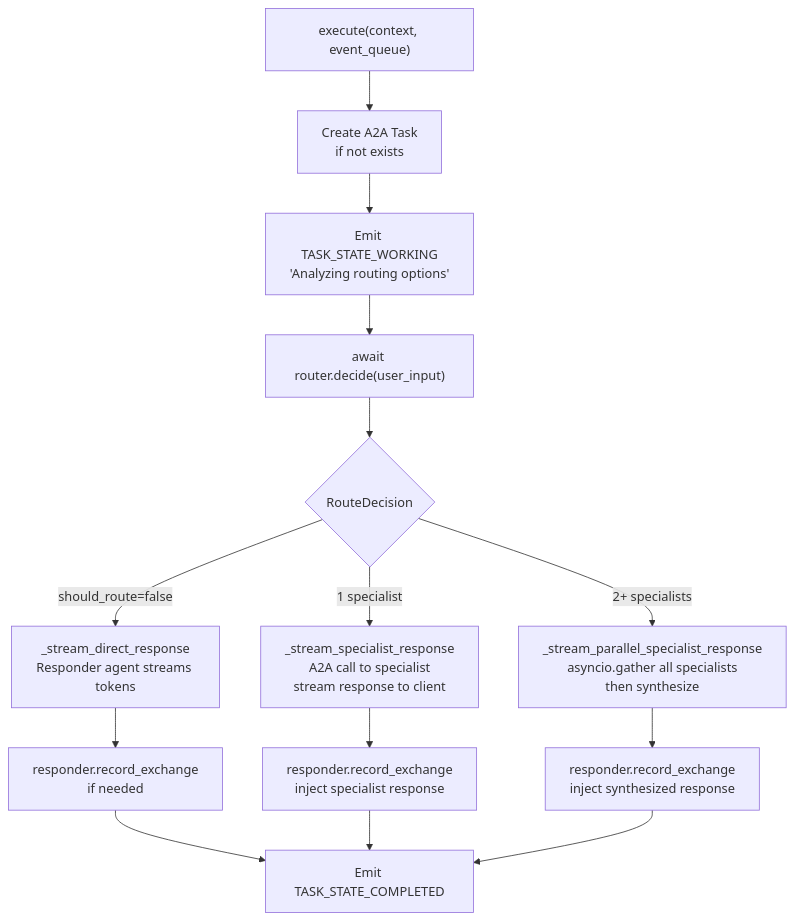
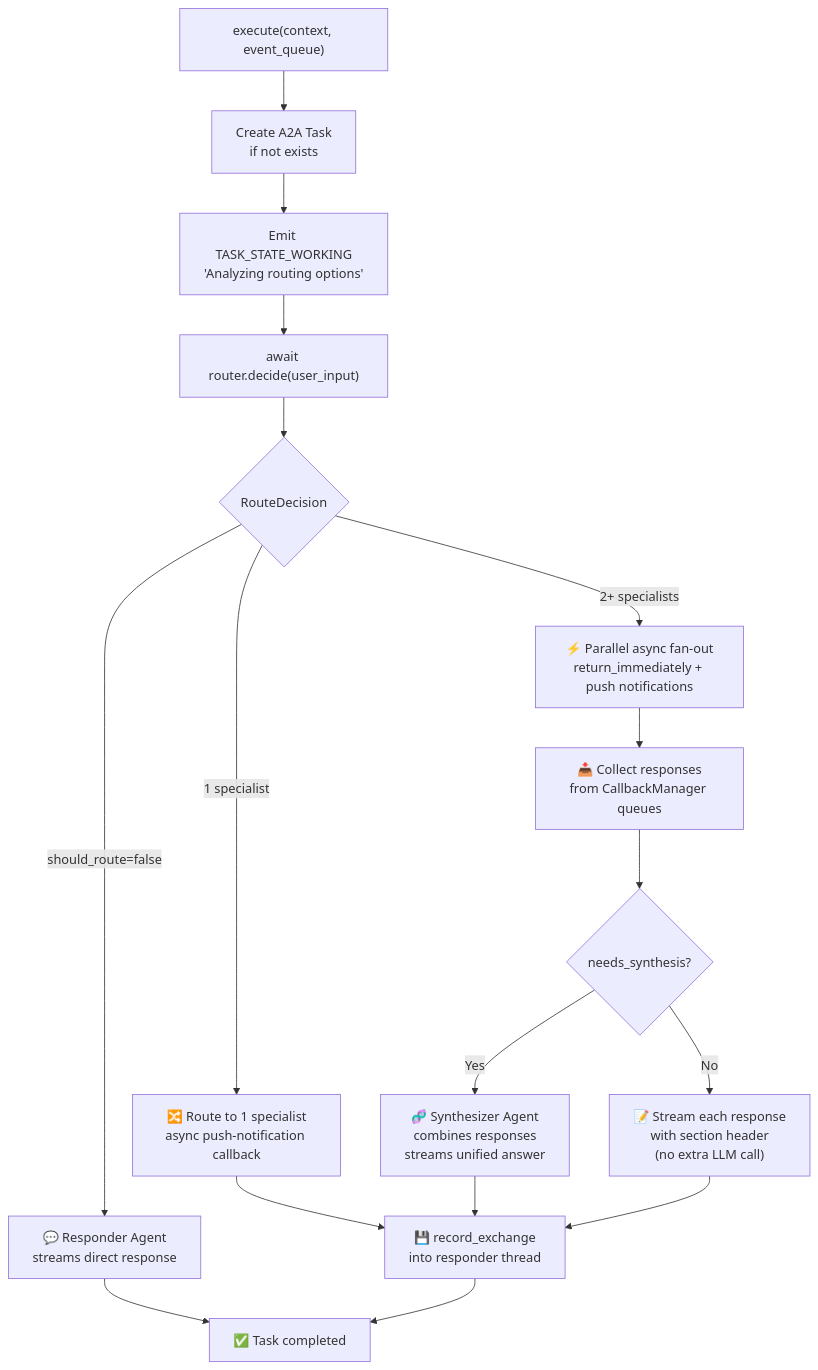
The second of 5 diagrams in docs/architecture.md (chandra447/nimbus-chat), drawn with Mermaid before and after one commit. The commit also changed other lines of this file and 4 other files, not shown here.

First line of the commit message:
Update docs for async push-notification pattern

````diff
--- a/docs/architecture.md
+++ b/docs/architecture.md
@@ -83,19 +83,21 @@
 ```mermaid
 flowchart TD
     Start["execute(context, event_queue)"] --> CreateTask["Create A2A Task<br/>if not exists"]
     CreateTask --> StartWork["Emit TASK_STATE_WORKING<br/>'Analyzing routing options'"]
     StartWork --> Route["await router.decide(user_input)"]
     Route --> Decision{"RouteDecision"}
 
-    Decision -->|should_route=false| Direct["_stream_direct_response<br/>Responder agent streams tokens"]
-    Decision -->|1 specialist| Single["_stream_specialist_response<br/>A2A call to specialist<br/>stream response to client"]
-    Decision -->|2+ specialists| Parallel["_stream_parallel_specialist_response<br/>asyncio.gather all specialists<br/>then synthesize"]
+    Decision -->|should_route=false| Direct["💬 Responder Agent<br/>streams direct response"]
+    Decision -->|1 specialist| Single["🔀 Route to 1 specialist<br/>async push-notification callback"]
+    Decision -->|2+ specialists| FanOut["⚡ Parallel async fan-out<br/>return_immediately + push notifications"]
 
-    Direct --> Record["responder.record_exchange<br/>if needed"]
-    Single --> Record2["responder.record_exchange<br/>inject specialist response"]
-    Parallel --> Record3["responder.record_exchange<br/>inject synthesized response"]
-
-    Record --> Complete["Emit TASK_STATE_COMPLETED"]
-    Record2 --> Complete
-    Record3 --> Complete
+    FanOut --> Collect["📥 Collect responses<br/>from CallbackManager queues"]
+    Collect --> SynthCheck{"needs_synthesis?"}
+    SynthCheck -->|Yes| Synth["🧬 Synthesizer Agent<br/>combines responses<br/>streams unified answer"]
+    SynthCheck -->|No| Sections["📝 Stream each response<br/>with section header<br/>(no extra LLM call)"]
+    Single --> Record["💾 record_exchange<br/>into responder thread"]
+    Synth --> Record
+    Sections --> Record
+    Direct --> Done["✅ Task completed"]
+    Record --> Done
 ```
````
